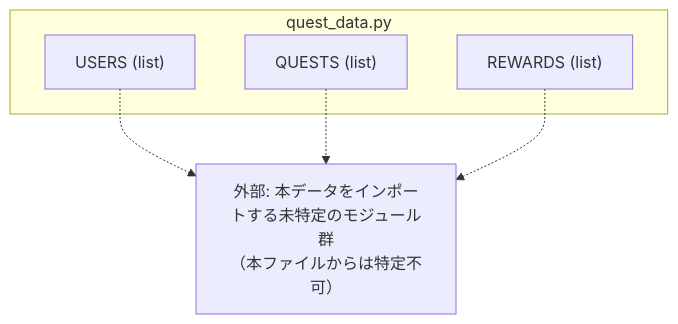
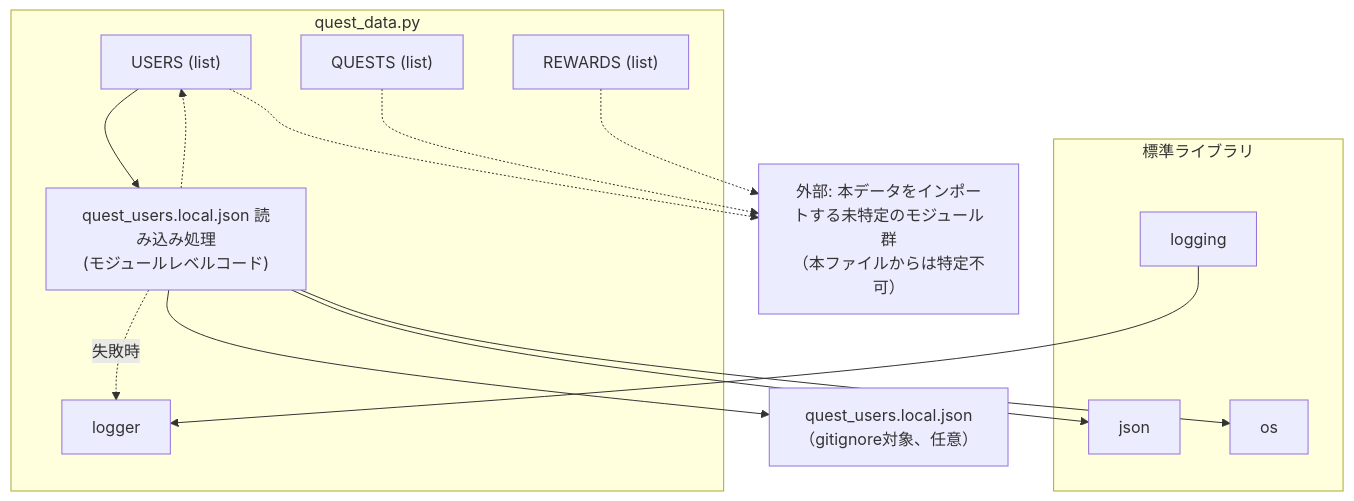
Before and after one commit to mmtigers/my_python_project: the second of 2 diagrams in docs/specifications/MY_HOME_SYSTEM/quest_data.md, drawn with Mermaid. The commit also changed other lines of this file, not shown here.

Commit message:
docs(MY_HOME_SYSTEM): quest_data.mdの継続仕上げ差分を反映(棚卸しE1)

````diff
--- a/docs/specifications/MY_HOME_SYSTEM/quest_data.md
+++ b/docs/specifications/MY_HOME_SYSTEM/quest_data.md
@@ -203,14 +211,32 @@
 ```mermaid
 graph TD
     subgraph "quest_data.py"
+        logger["logger"]
         USERS["USERS (list)"]
+        LocalLoad["quest_users.local.json 読み込み処理<br/>(モジュールレベルコード)"]
         QUESTS["QUESTS (list)"]
         REWARDS["REWARDS (list)"]
     end
+
+    subgraph "標準ライブラリ"
+        json
+        logging
+        os
+    end
+
+    LocalJson["quest_users.local.json<br/>（gitignore対象、任意）"]
+
+    logging --> logger
+    USERS --> LocalLoad
+    LocalLoad --> os
+    LocalLoad --> json
+    LocalLoad --> LocalJson
+    LocalLoad -. 失敗時 .-> logger
+    LocalLoad -.-> USERS
 
     Consumer["外部: 本データをインポートする未特定のモジュール群<br/>（本ファイルからは特定不可）"]
 
     USERS -.-> Consumer
     QUESTS -.-> Consumer
     REWARDS -.-> Consumer
 ```
````
